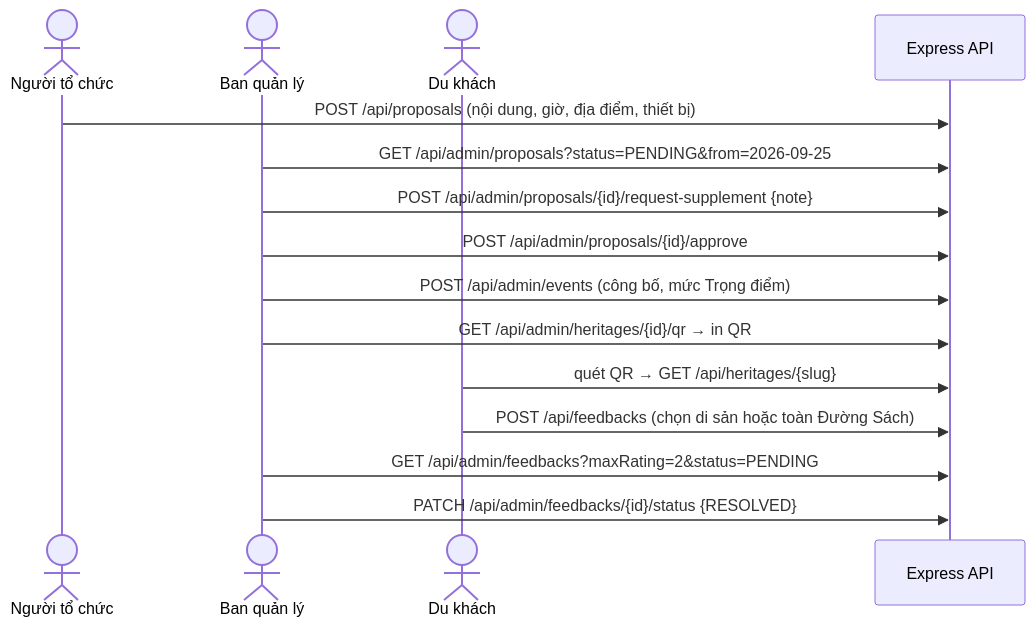
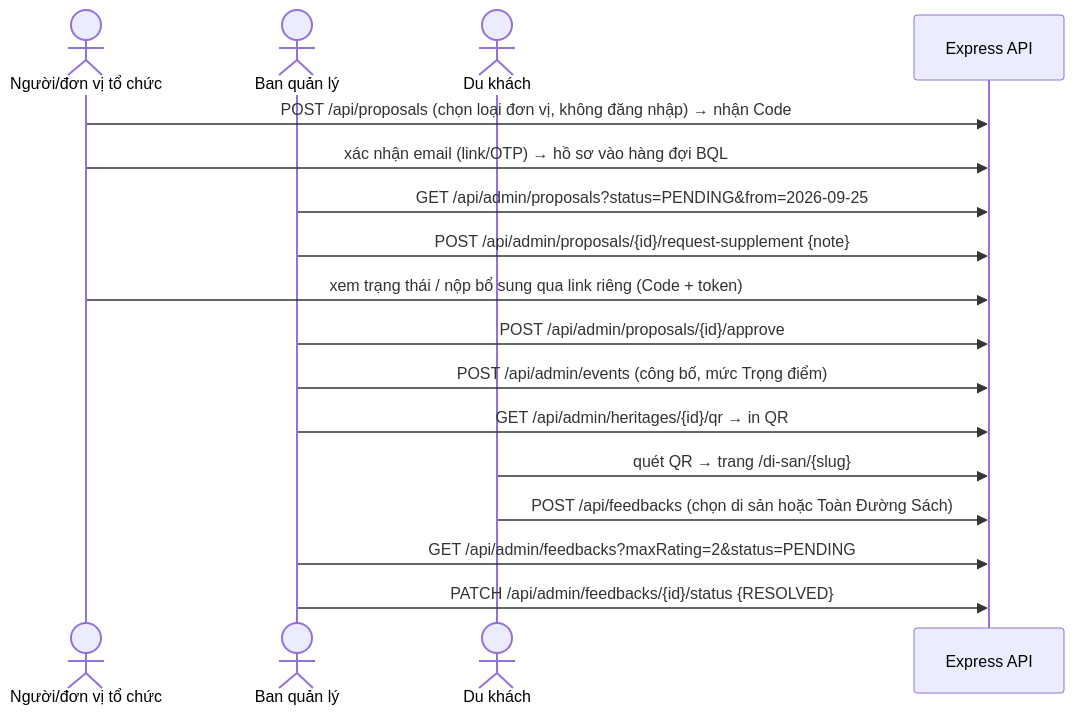
The third of 3 diagrams in docs/01-tong-quan-he-thong.md (arisdo-29/duong-sach-project), drawn with Mermaid before and after one commit. The commit also changed other lines of this file and 18 other files, not shown here.

````diff
--- a/docs/01-tong-quan-he-thong.md
+++ b/docs/01-tong-quan-he-thong.md
@@ -116,17 +155,19 @@
 ```mermaid
 sequenceDiagram
-  actor T as Người tổ chức
+  actor T as Người/đơn vị tổ chức
   actor B as Ban quản lý
   actor K as Du khách
   participant API as Express API
-  T->>API: POST /api/proposals (nội dung, giờ, địa điểm, thiết bị)
+  T->>API: POST /api/proposals (chọn loại đơn vị, không đăng nhập) → nhận Code
+  T->>API: xác nhận email (link/OTP) → hồ sơ vào hàng đợi BQL
   B->>API: GET /api/admin/proposals?status=PENDING&from=2026-09-25
   B->>API: POST /api/admin/proposals/{id}/request-supplement {note}
+  T->>API: xem trạng thái / nộp bổ sung qua link riêng (Code + token)
   B->>API: POST /api/admin/proposals/{id}/approve
   B->>API: POST /api/admin/events (công bố, mức Trọng điểm)
   B->>API: GET /api/admin/heritages/{id}/qr → in QR
-  K->>API: quét QR → GET /api/heritages/{slug}
-  K->>API: POST /api/feedbacks (chọn di sản hoặc toàn Đường Sách)
+  K->>API: quét QR → trang /di-san/{slug}
+  K->>API: POST /api/feedbacks (chọn di sản hoặc Toàn Đường Sách)
   B->>API: GET /api/admin/feedbacks?maxRating=2&status=PENDING
   B->>API: PATCH /api/admin/feedbacks/{id}/status {RESOLVED}
 ```
````
